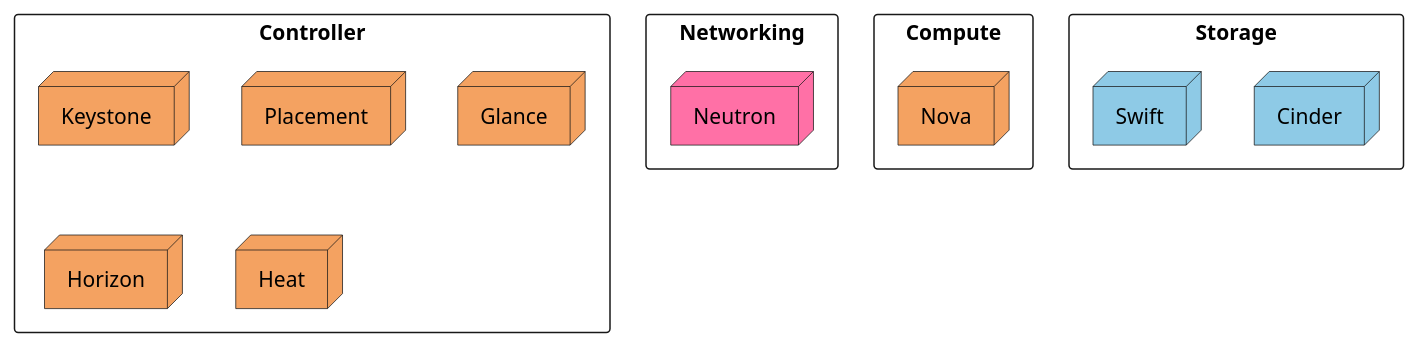
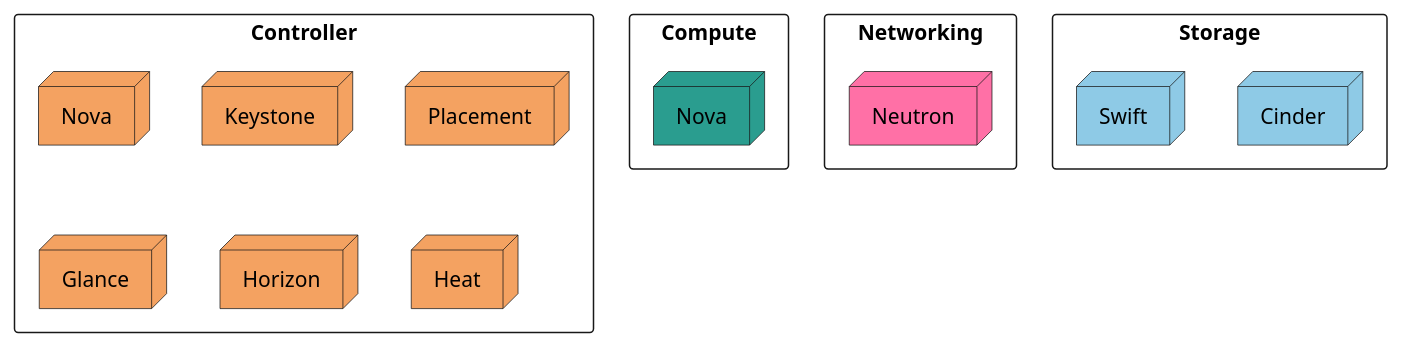
One commit to greppers/greppers.github.io changed the diagram in src/docs/openstack-architecture.org. Above: the diagram before and after it, drawn with PlantUML. The commit also changed other lines of this file and 3 other files, not shown here.

```diff
--- a/src/docs/openstack-architecture.org
+++ b/src/docs/openstack-architecture.org
@@ -5,28 +5,28 @@
-#+begin_src plantuml :file ../../assets/images/arch.svg :exports results :eval yes :cache yes
+#+begin_src plantuml :file ../../assets/images/arch.svg :exports results
 @startuml
 skinparam BackgroundColor transparent
 skinparam componentStyle rectangle
 
-component Networking {
-	node Neutron   #ff70a6
+component Controller {
+	node Nova as N1 #f4a261
+	node Keystone   #f4a261
+	node Placement  #f4a261
+	node Glance     #f4a261
+	node Horizon    #f4a261
+	node Heat       #f4a261
 }
 
 component Compute {
-	node Nova
+	node Nova as N2 #2a9d8f
 }
 
-component Controller {
-	node Nova      #f4a261
-	node Keystone  #f4a261
-	node Placement #f4a261
-	node Glance    #f4a261
-	node Horizon   #f4a261
-	node Heat      #f4a261
+component Networking {
+	node Neutron   #ff70a6
 }
 
 component Storage {
 	node Cinder    #8ecae6
 	node Swift     #8ecae6
 }
 @enduml
 #+end_src
```
